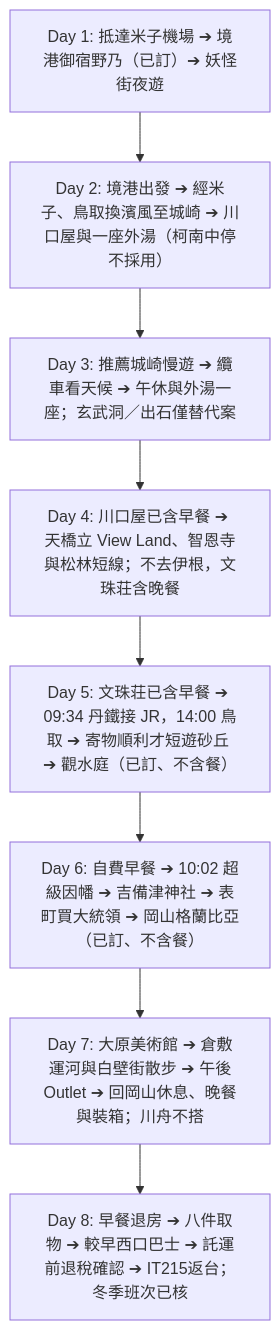
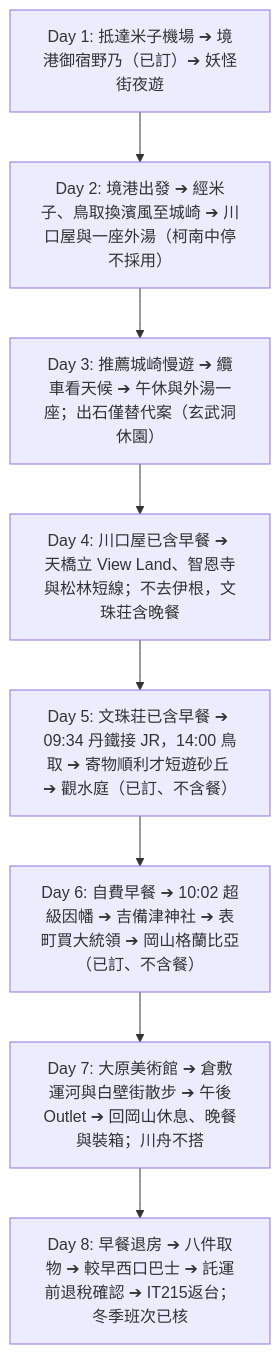
The diagram in README.md (iamkeith001/sanin-trip-2027), drawn with Mermaid before and after one commit. The commit also changed other lines of this file and 4 other files, not shown here.

````diff
--- a/README.md
+++ b/README.md
@@ -89,10 +90,10 @@
 ```mermaid
 graph TD
     Day1[Day 1: 抵達米子機場 ➔ 境港御宿野乃（已訂）➔ 妖怪街夜遊] --> Day2[Day 2: 境港出發 ➔ 經米子、鳥取換濱風至城崎 ➔ 川口屋與一座外湯（柯南中停不採用）]
-    Day2 --> Day3[Day 3: 推薦城崎慢遊 ➔ 纜車看天候 ➔ 午休與外湯一座；玄武洞／出石僅替代案]
+    Day2 --> Day3[Day 3: 推薦城崎慢遊 ➔ 纜車看天候 ➔ 午休與外湯一座；出石僅替代案（玄武洞休園）]
     Day3 --> Day4[Day 4: 川口屋已含早餐 ➔ 天橋立 View Land、智恩寺與松林短線；不去伊根，文珠荘含晚餐]
     Day4 --> Day5[Day 5: 文珠荘已含早餐 ➔ 09:34 丹鐵接 JR，14:00 鳥取 ➔ 寄物順利才短遊砂丘 ➔ 觀水庭（已訂、不含餐）]
     Day5 --> Day6[Day 6: 自費早餐 ➔ 10:02 超級因幡 ➔ 吉備津神社 ➔ 表町買大統領 ➔ 岡山格蘭比亞（已訂、不含餐）]
     Day6 --> Day7[Day 7: 大原美術館 ➔ 倉敷運河與白壁街散步 ➔ 午後Outlet ➔ 回岡山休息、晚餐與裝箱；川舟不搭]
     Day7 --> Day8[Day 8: 早餐退房 ➔ 八件取物 ➔ 較早西口巴士 ➔ 託運前退稅確認 ➔ IT215返台；冬季班次已核]
 ```
````
